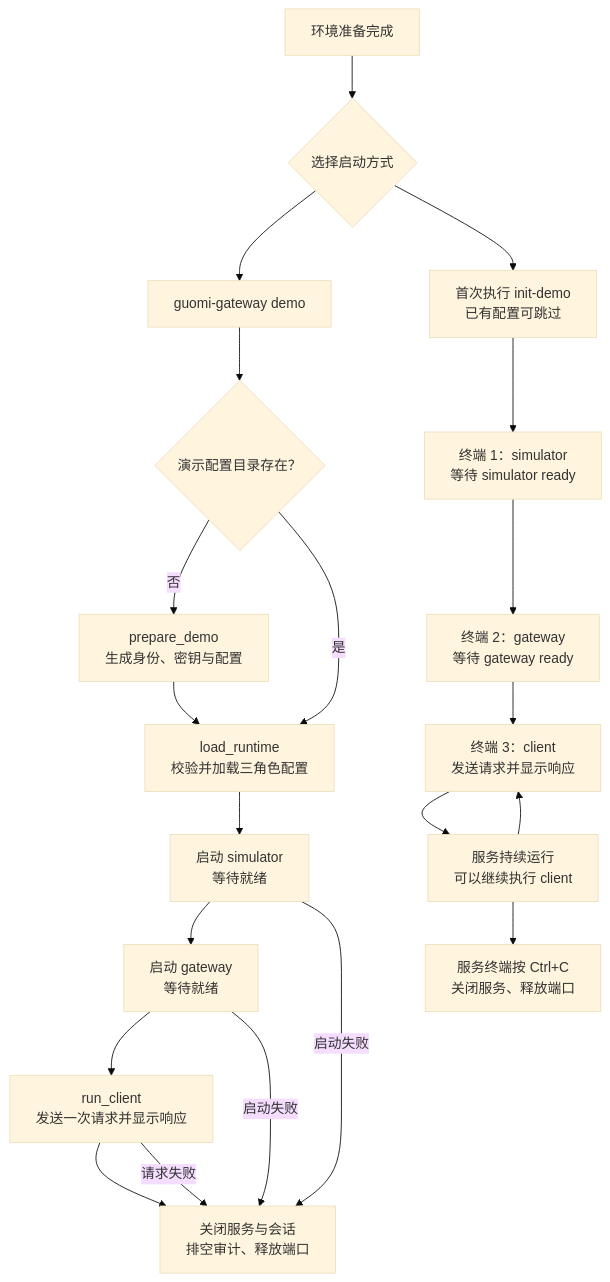
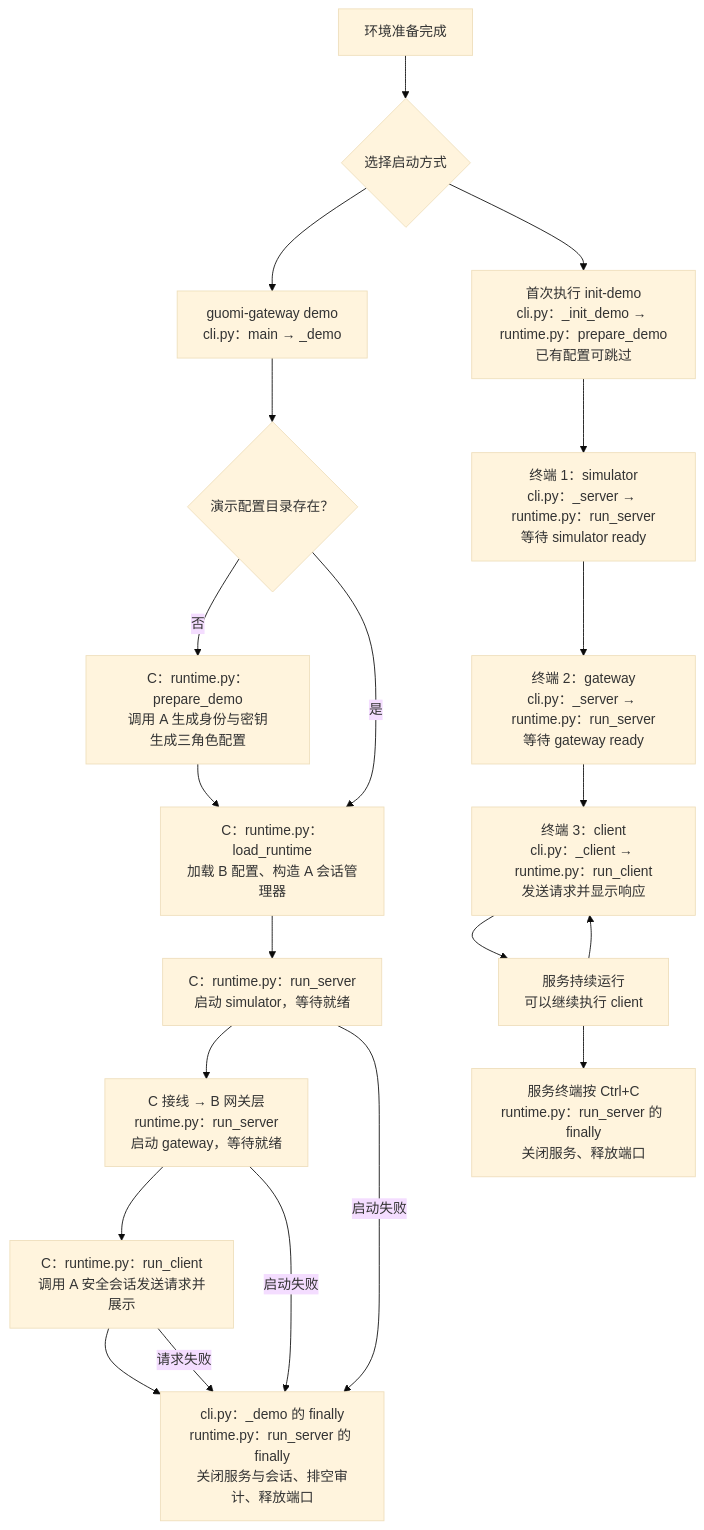
Before and after one commit to bljfy/gateway: the second of 3 diagrams in README.md, drawn with Mermaid (base theme). The commit also changed other lines of this file and 1 other file, not shown here.

````diff
--- a/README.md
+++ b/README.md
@@ -37,25 +76,25 @@
 ```mermaid
 flowchart TD
     A["环境准备完成"] --> B{"选择启动方式"}
 
-    B --> D["guomi-gateway demo"]
+    B --> D["guomi-gateway demo<br/>cli.py：main → _demo"]
     D --> E{"演示配置目录存在？"}
-    E -- 否 --> F["prepare_demo<br/>生成身份、密钥与配置"]
-    E -- 是 --> G["load_runtime<br/>校验并加载三角色配置"]
+    E -- 否 --> F["C：runtime.py：prepare_demo<br/>调用 A 生成身份与密钥<br/>生成三角色配置"]
+    E -- 是 --> G["C：runtime.py：load_runtime<br/>加载 B 配置、构造 A 会话管理器"]
     F --> G
-    G --> H["启动 simulator<br/>等待就绪"]
-    H --> I["启动 gateway<br/>等待就绪"]
-    I --> J["run_client<br/>发送一次请求并显示响应"]
-    J --> K["关闭服务与会话<br/>排空审计、释放端口"]
+    G --> H["C：runtime.py：run_server<br/>启动 simulator，等待就绪"]
+    H --> I["C 接线 → B 网关层<br/>runtime.py：run_server<br/>启动 gateway，等待就绪"]
+    I --> J["C：runtime.py：run_client<br/>调用 A 安全会话发送请求并展示"]
+    J --> K["cli.py：_demo 的 finally<br/>runtime.py：run_server 的 finally<br/>关闭服务与会话、排空审计、释放端口"]
     H -- 启动失败 --> K
     I -- 启动失败 --> K
     J -- 请求失败 --> K
 
-    B --> M["首次执行 init-demo<br/>已有配置可跳过"]
-    M --> N["终端 1：simulator<br/>等待 simulator ready"]
-    N --> O["终端 2：gateway<br/>等待 gateway ready"]
-    O --> P["终端 3：client<br/>发送请求并显示响应"]
+    B --> M["首次执行 init-demo<br/>cli.py：_init_demo → runtime.py：prepare_demo<br/>已有配置可跳过"]
+    M --> N["终端 1：simulator<br/>cli.py：_server → runtime.py：run_server<br/>等待 simulator ready"]
+    N --> O["终端 2：gateway<br/>cli.py：_server → runtime.py：run_server<br/>等待 gateway ready"]
+    O --> P["终端 3：client<br/>cli.py：_client → runtime.py：run_client<br/>发送请求并显示响应"]
     P --> Q["服务持续运行<br/>可以继续执行 client"]
     Q --> P
-    Q --> R["服务终端按 Ctrl+C<br/>关闭服务、释放端口"]
+    Q --> R["服务终端按 Ctrl+C<br/>runtime.py：run_server 的 finally<br/>关闭服务、释放端口"]
 ```
````
